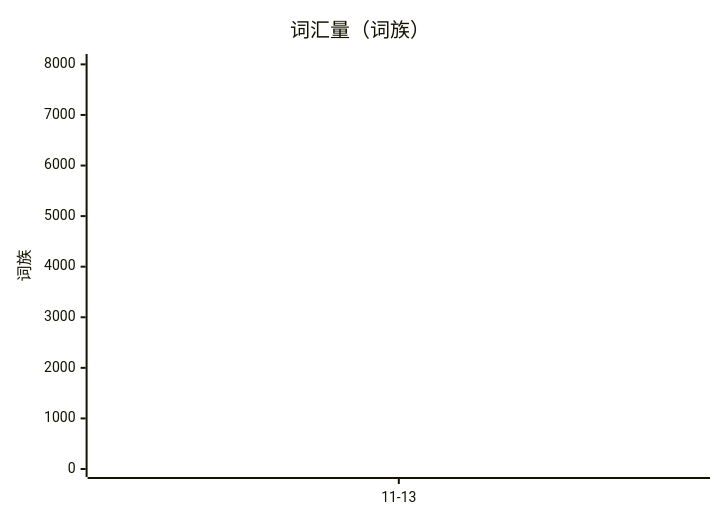
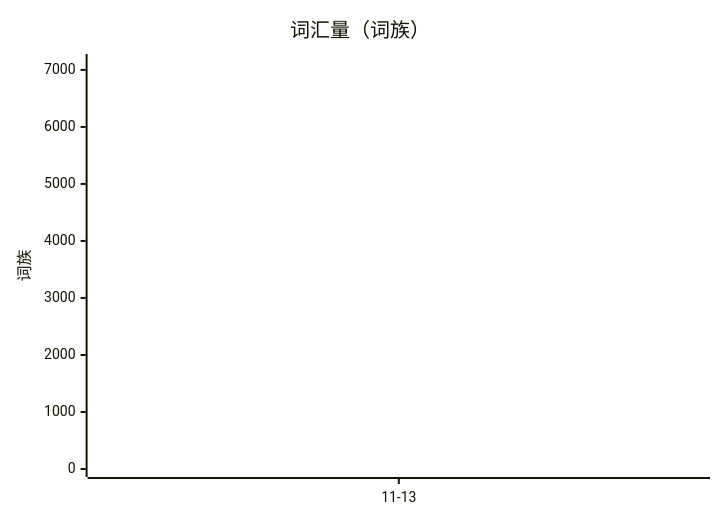
The diagram in README.md (Frank-Humingtao/english-profile), drawn with Mermaid before and after one commit. The commit also changed other lines of this file and 4 other files, not shown here.

````diff
--- a/README.md
+++ b/README.md
@@ -9,7 +9,7 @@
 ```mermaid
 xychart-beta
   title "词汇量（词族）"
   x-axis ["11-13"]
-  y-axis "词族" 0 --> 8047
-  line [5630]
+  y-axis "词族" 0 --> 7139
+  line [4604]
 ```
````
